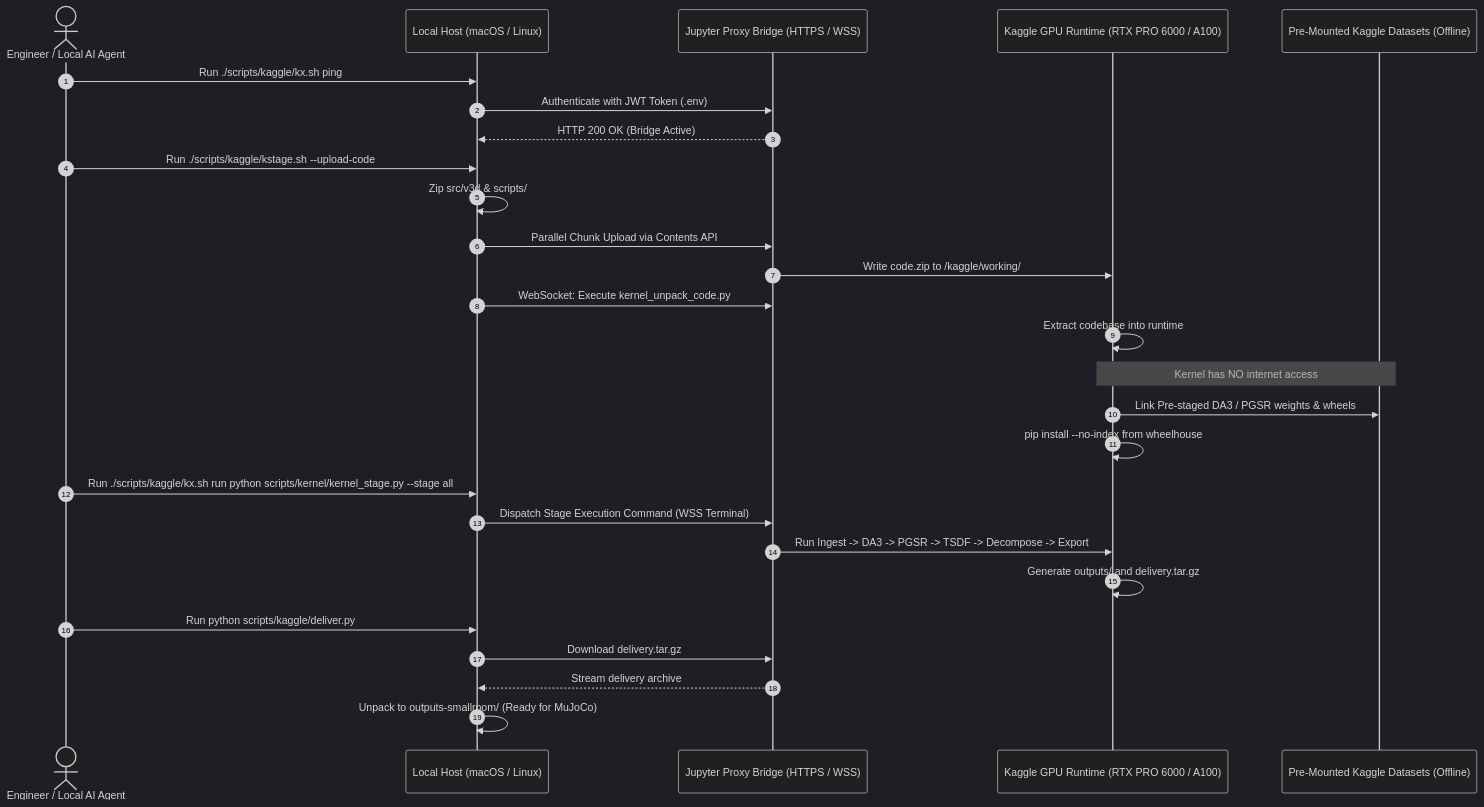
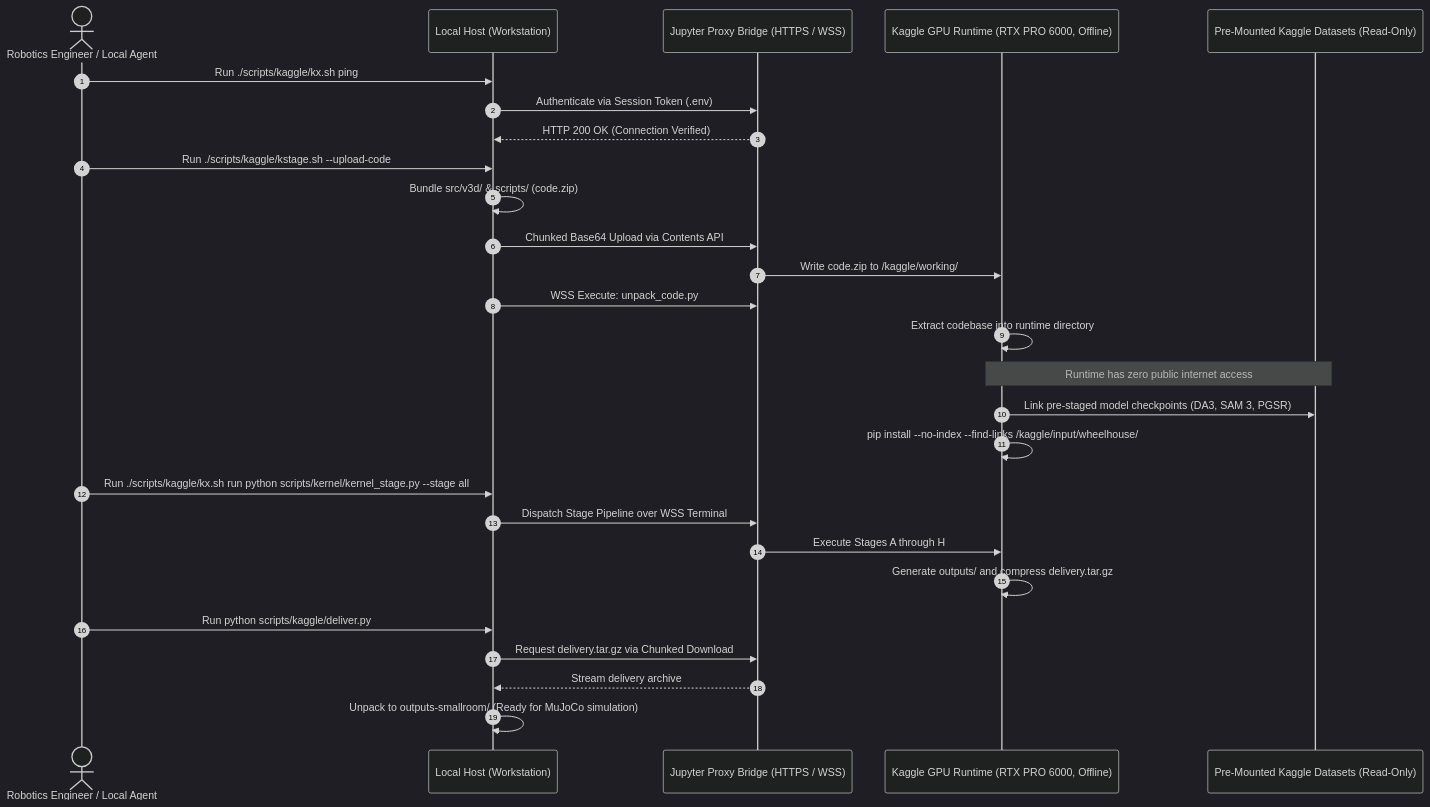
Before and after one commit to huytrao/Video-to-terrain: the sixth of 8 diagrams in docs/architecture/architecture-graph.md, drawn with Mermaid (dark theme). The commit also changed other lines of this file and 49 other files, not shown here.

````diff
--- a/docs/architecture/architecture-graph.md
+++ b/docs/architecture/architecture-graph.md
@@ -98,35 +355,35 @@
 ```mermaid
 sequenceDiagram
     autonumber
-    actor Dev as Engineer / Local AI Agent
-    participant Local as Local Host (macOS / Linux)
-    participant Proxy as Jupyter Proxy Bridge (HTTPS / WSS)
-    participant Kaggle as Kaggle GPU Runtime (RTX PRO 6000 / A100)
-    participant PreStaged as Pre-Mounted Kaggle Datasets (Offline)
+    actor Dev as Robotics Engineer / Local Agent
+    participant Local as Local Host (Workstation)
+    participant Bridge as Jupyter Proxy Bridge (HTTPS / WSS)
+    participant Kaggle as Kaggle GPU Runtime (RTX PRO 6000, Offline)
+    participant Wheels as Pre-Mounted Kaggle Datasets (Read-Only)
 
     Dev->>Local: Run ./scripts/kaggle/kx.sh ping
-    Local->>Proxy: Authenticate with JWT Token (.env)
-    Proxy-->>Local: HTTP 200 OK (Bridge Active)
+    Local->>Bridge: Authenticate via Session Token (.env)
+    Bridge-->>Local: HTTP 200 OK (Connection Verified)
 
     Dev->>Local: Run ./scripts/kaggle/kstage.sh --upload-code
-    Local->>Local: Zip src/v3d & scripts/
-    Local->>Proxy: Parallel Chunk Upload via Contents API
-    Proxy->>Kaggle: Write code.zip to /kaggle/working/
+    Local->>Local: Bundle src/v3d/ & scripts/ (code.zip)
+    Local->>Bridge: Chunked Base64 Upload via Contents API
+    Bridge->>Kaggle: Write code.zip to /kaggle/working/
 
-    Local->>Proxy: WebSocket: Execute kernel_unpack_code.py
-    Kaggle->>Kaggle: Extract codebase into runtime
+    Local->>Bridge: WSS Execute: unpack_code.py
+    Kaggle->>Kaggle: Extract codebase into runtime directory
 
-    Note over Kaggle,PreStaged: Kernel has NO internet access
-    Kaggle->>PreStaged: Link Pre-staged DA3 / PGSR weights & wheels
-    Kaggle->>Kaggle: pip install --no-index from wheelhouse
+    Note over Kaggle,Wheels: Runtime has zero public internet access
+    Kaggle->>Wheels: Link pre-staged model checkpoints (DA3, SAM 3, PGSR)
+    Kaggle->>Kaggle: pip install --no-index --find-links /kaggle/input/wheelhouse/
 
     Dev->>Local: Run ./scripts/kaggle/kx.sh run python scripts/kernel/kernel_stage.py --stage all
-    Local->>Proxy: Dispatch Stage Execution Command (WSS Terminal)
-    Proxy->>Kaggle: Run Ingest -> DA3 -> PGSR -> TSDF -> Decompose -> Export
-    Kaggle->>Kaggle: Generate outputs/ and delivery.tar.gz
+    Local->>Bridge: Dispatch Stage Pipeline over WSS Terminal
+    Bridge->>Kaggle: Execute Stages A through H
+    Kaggle->>Kaggle: Generate outputs/ and compress delivery.tar.gz
 
     Dev->>Local: Run python scripts/kaggle/deliver.py
-    Local->>Proxy: Download delivery.tar.gz
-    Proxy-->>Local: Stream delivery archive
-    Local->>Local: Unpack to outputs-smallroom/ (Ready for MuJoCo)
+    Local->>Bridge: Request delivery.tar.gz via Chunked Download
+    Bridge-->>Local: Stream delivery archive
+    Local->>Local: Unpack to outputs-smallroom/ (Ready for MuJoCo simulation)
 ```
````
